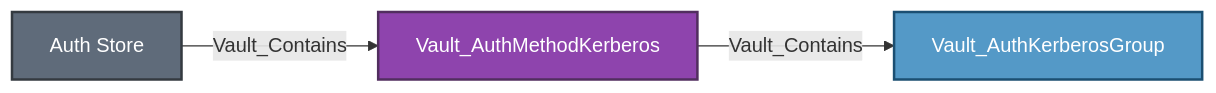
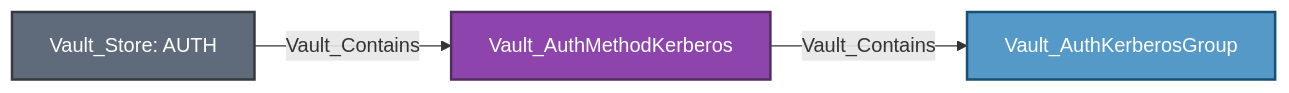
Diagram 14 of 28 in Documentation/stores/AUTH.md (bytewreck/opengraph-vault), drawn with Mermaid before and after one commit. The commit also changed other lines of this file, not shown here.

````diff
--- a/Documentation/stores/AUTH.md
+++ b/Documentation/stores/AUTH.md
@@ -799,9 +799,9 @@
 ```mermaid
 flowchart LR
-    store[Auth Store]:::storeNode -->|Vault_Contains| method[Vault_AuthMethodKerberos]:::authMethodNode
+    store[Vault_Store: AUTH]:::storeNode -->|Vault_Contains| method[Vault_AuthMethodKerberos]:::authMethodNode
     method -->|Vault_Contains| group[Vault_AuthKerberosGroup]:::authGroupNode
 
     classDef storeNode fill:#5F6B7A,color:#fff,stroke:#343A40,stroke-width:2px
     classDef authMethodNode fill:#8E44AD,color:#fff,stroke:#512E5F,stroke-width:2px
     classDef authGroupNode fill:#5499C7,color:#fff,stroke:#1B4F72,stroke-width:2px
 ```
````
